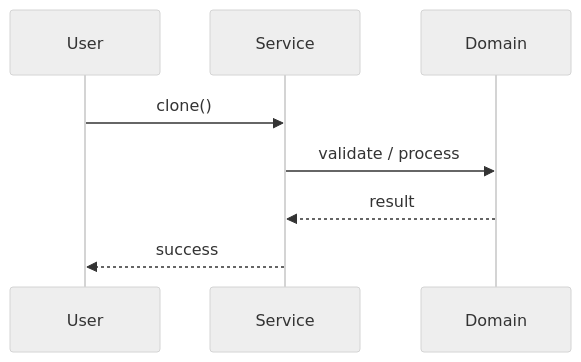
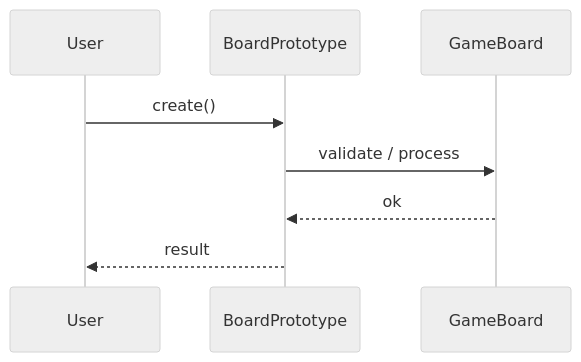
One commit to madhupaila/Interview-Prep-SSE changed the second of 3 diagrams in Learn/System Design - Low Level Design/03-design-patterns/questions/Q06-prototype-game-board.md. Above: the diagram before and after it, drawn with Mermaid (neutral theme). The commit also changed other lines of this file and 491 other files, not shown here.

````diff
--- a/Learn/System Design - Low Level Design/03-design-patterns/questions/Q06-prototype-game-board.md
+++ b/Learn/System Design - Low Level Design/03-design-patterns/questions/Q06-prototype-game-board.md
@@ -120,10 +144,10 @@
 ```mermaid
 sequenceDiagram
-    participant U as User
-    participant S as Service
-    participant D as Domain
-    U->>S: clone()
-    S->>D: validate / process
-    D-->>S: result
-    S-->>U: success
+participant U as User
+participant S as BoardPrototype
+participant D as GameBoard
+U->>S: create()
+S->>D: validate / process
+D-->>S: ok
+S-->>U: result
 ```
````
